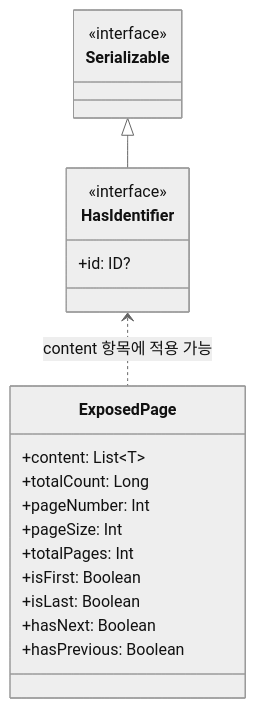
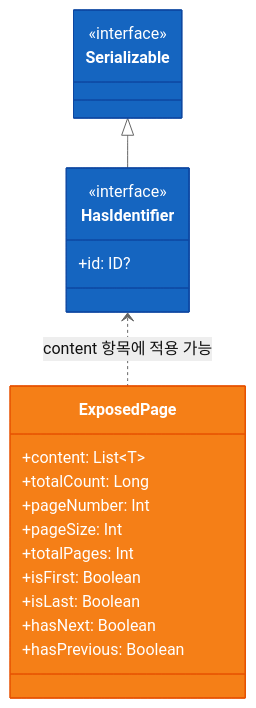
One commit to bluetape4k/bluetape4k-projects changed the fourth of 5 diagrams in data/exposed-core/README.ko.md. Above: the diagram before and after it, drawn with Mermaid (neutral theme). The commit also changed other lines of this file and 221 other files, not shown here.

First line of the commit message:
docs: 전체 모듈 README UML 다이어그램 보강 및 색상 업그레이드

````diff
--- a/data/exposed-core/README.ko.md
+++ b/data/exposed-core/README.ko.md
@@ -338,24 +360,28 @@
 ```mermaid
 classDiagram
     class HasIdentifier {
         <<interface>>
         +id: ID?
     }
     class ExposedPage {
         +content: List~T~
         +totalCount: Long
         +pageNumber: Int
         +pageSize: Int
         +totalPages: Int
         +isFirst: Boolean
         +isLast: Boolean
         +hasNext: Boolean
         +hasPrevious: Boolean
     }
     class Serializable {
         <<interface>>
     }
 
 Serializable <|-- HasIdentifier
 HasIdentifier <.. ExposedPage: content 항목에 적용 가능
+
+    style HasIdentifier fill:#1565C0,stroke:#0D47A1,color:#FFFFFF
+    style ExposedPage fill:#F57F17,stroke:#E65100,color:#FFFFFF
+    style Serializable fill:#1565C0,stroke:#0D47A1,color:#FFFFFF
 ```
````
